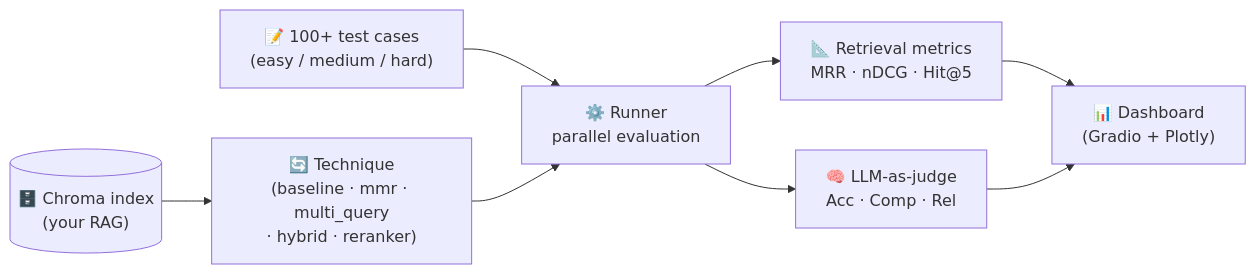
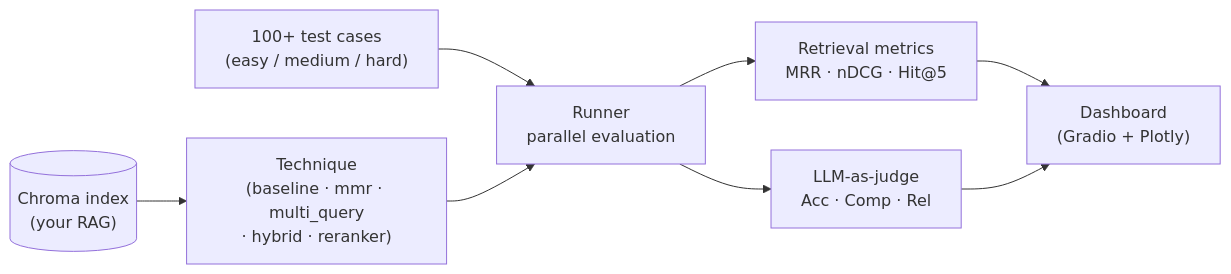
Before and after one commit to ghaderimaryam/rag-evaluation: the diagram in README.md, drawn with Mermaid. The commit also changed other lines of this file, not shown here.

````diff
--- a/README.md
+++ b/README.md
@@ -23,10 +23,10 @@
 ```mermaid
 flowchart LR
-    TC["📝 100+ test cases<br/>(easy / medium / hard)"] --> RUN
-    VS[("🗄️ Chroma index<br/>(your RAG)")] --> TECH
-    TECH["🔄 Technique<br/>(baseline · mmr · multi_query<br/>· hybrid · reranker)"] --> RUN
-    RUN["⚙️ Runner<br/>parallel evaluation"] --> RM["📐 Retrieval metrics<br/>MRR · nDCG · Hit@5"]
-    RUN --> AM["🧠 LLM-as-judge<br/>Acc · Comp · Rel"]
-    RM --> DASH["📊 Dashboard<br/>(Gradio + Plotly)"]
+    TC[" 100+ test cases<br/>(easy / medium / hard)"] --> RUN
+    VS[(" Chroma index<br/>(your RAG)")] --> TECH
+    TECH[" Technique<br/>(baseline · mmr · multi_query<br/>· hybrid · reranker)"] --> RUN
+    RUN[" Runner<br/>parallel evaluation"] --> RM[" Retrieval metrics<br/>MRR · nDCG · Hit@5"]
+    RUN --> AM[" LLM-as-judge<br/>Acc · Comp · Rel"]
+    RM --> DASH[" Dashboard<br/>(Gradio + Plotly)"]
     AM --> DASH
 ```
````
